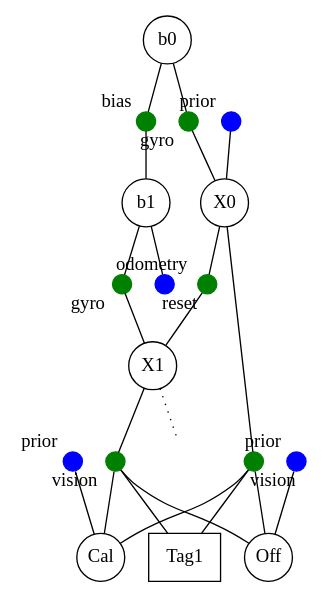
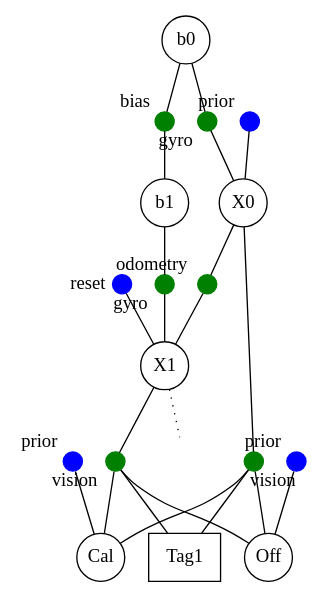
The diagram in raspberry_pi/doc/gtsam_model.dot (Team100/all24), drawn with Graphviz before and after one commit. The commit also changed 3 other files, not shown here.

Commit message:
update diagram

```diff
--- a/raspberry_pi/doc/gtsam_model.dot
+++ b/raspberry_pi/doc/gtsam_model.dot
@@ -1,47 +1,47 @@
 /**
  * To render this file, install the tintinweb Graphviz preview extension and click
  * the little "DOT" that appears in the upper right.  Choose the "FDP" engine,
  * which notices the "pos" parameter.
  */
 graph {
     Xp [color = "blue";shape = "point";width = "0.2";xlabel = "prior";];
     X0 [label = "X0";shape = "circle";pos = "10,12!";margin = -0.1;];
     O0 [color = "green";shape = "point";width = "0.2";xlabel = "odometry";];
     X1 [label = "X1";shape = "circle";pos = "12,12!";margin = -0.1;];
     Xe [label = "";shape = "none";pos = "13,12!";];
     t0 [label = "Tag1";shape = "box";pos = "11,15!";];
     c0 [label = "Off";shape = "circle";margin = -0.1;pos = "11,14!";];
     cp [color = "blue";shape = "point";width = "0.2";pos = "12,14!";xlabel = "prior";];
     k0 [label = "Cal";shape = "circle";margin = -0.1;pos = "11,13!";];
     kp [color = "blue";shape = "point";width = "0.2";pos = "10,13!";xlabel = "prior";];
     v0 [color = "green";shape = "point";width = "0.2";xlabel = "vision";];
     v1 [color = "green";shape = "point";width = "0.2";xlabel = "vision ";];
     g0 [color = "green";shape = "point";width = "0.2";xlabel = "gyro";];
     g1 [color = "green";shape = "point";width = "0.2";xlabel = "gyro ";];
     b0 [label = "b0";shape = "circle";pos = "10,10!";margin = -0.1;];
     b1 [label = "b1";shape = "circle";pos = "12,10!";margin = -0.1;];
     bb [color = "green";shape = "point";width = "0.2";xlabel = "bias";];
     br [color = "blue";shape = "point";width = "0.2";xlabel = "reset";];
     
     Xp -- X0;
     X0 -- O0;
     O0 -- X1;
     X1 -- Xe [style = "dotted";];
     X0 -- v0;
     X1 -- v1;
     v0 -- t0;
     v1 -- t0;
     cp -- c0;
     v0 -- c0;
     v1 -- c0;
     kp -- k0;
     v0 -- k0;
     v1 -- k0;
     g0 -- X0;
     g1 -- X1;
     b0 -- g0;
     b1 -- g1;
     b0 -- bb;
     bb -- b1;
-    b1 -- br;
+    br -- X1;
 }
```
